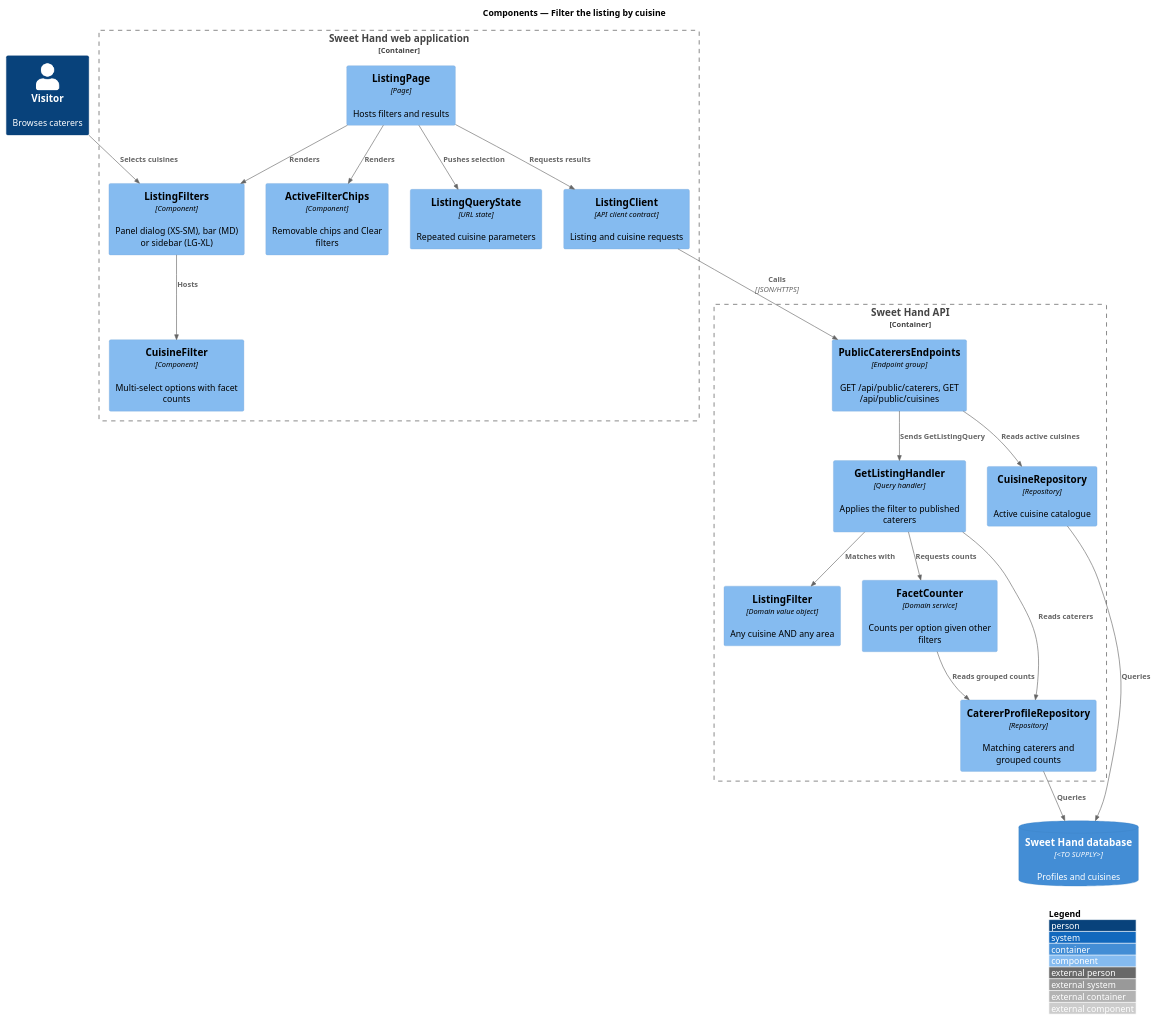
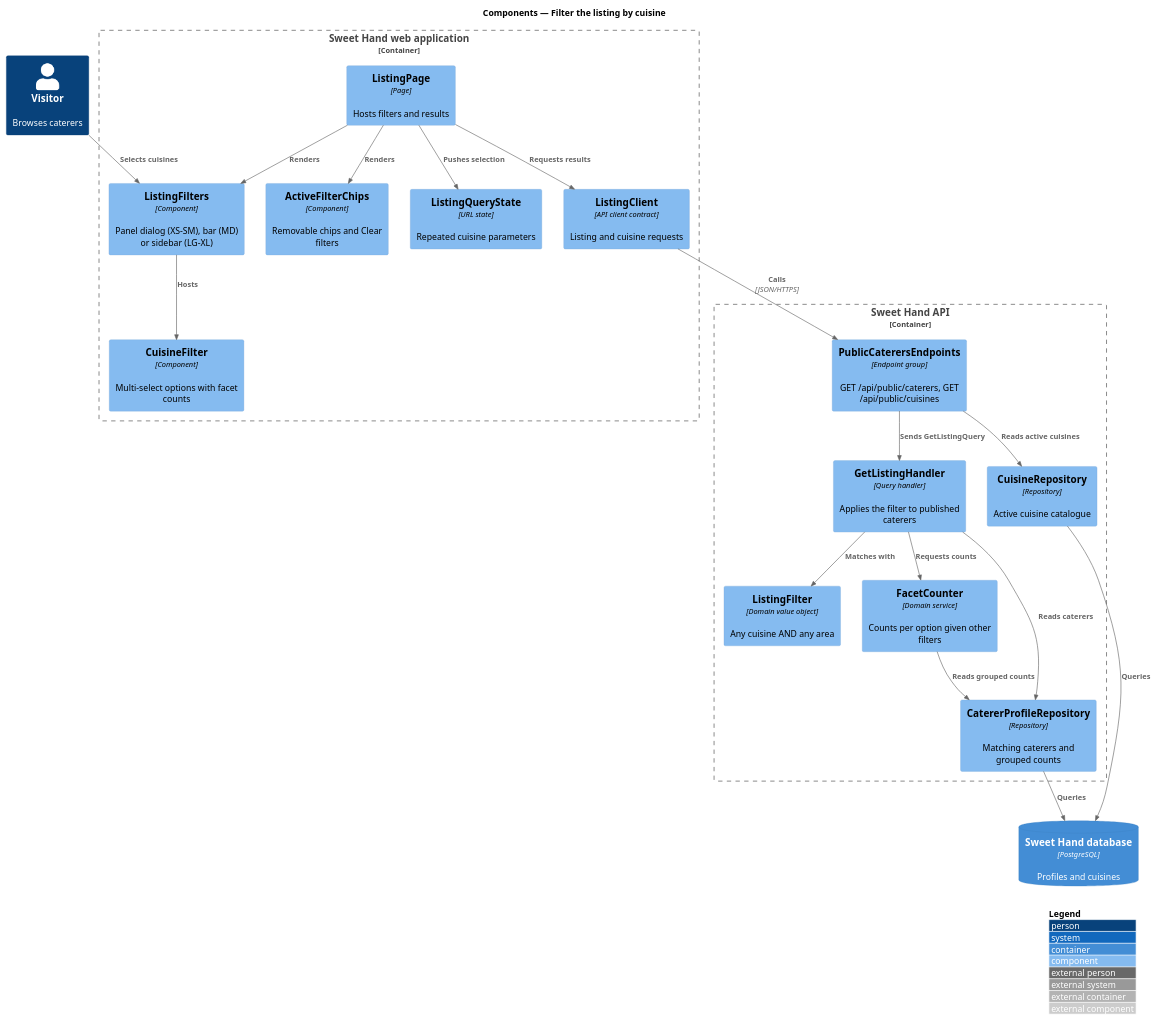
One commit to QuinntyneBrown/sweet-hand changed the diagram in docs/detailed-designs/discovery/filter-by-cuisine/diagrams/c4-component.puml. Above: the diagram before and after it, drawn with PlantUML. The commit also changed 32 other files, not shown here.

```diff
--- a/docs/detailed-designs/discovery/filter-by-cuisine/diagrams/c4-component.puml
+++ b/docs/detailed-designs/discovery/filter-by-cuisine/diagrams/c4-component.puml
@@ -1,40 +1,40 @@
 @startuml
 !include <C4/C4_Component>
 LAYOUT_WITH_LEGEND()
 title Components — Filter the listing by cuisine
 
 Person(visitor, "Visitor", "Browses caterers")
 Container_Boundary(web, "Sweet Hand web application") {
   Component(page, "ListingPage", "Page", "Hosts filters and results")
   Component(filters, "ListingFilters", "Component", "Panel dialog (XS-SM), bar (MD) or sidebar (LG-XL)")
   Component(cuisine, "CuisineFilter", "Component", "Multi-select options with facet counts")
   Component(chips, "ActiveFilterChips", "Component", "Removable chips and Clear filters")
   Component(state, "ListingQueryState", "URL state", "Repeated cuisine parameters")
   Component(client, "ListingClient", "API client contract", "Listing and cuisine requests")
 }
 Container_Boundary(api, "Sweet Hand API") {
   Component(endpoints, "PublicCaterersEndpoints", "Endpoint group", "GET /api/public/caterers, GET /api/public/cuisines")
   Component(handler, "GetListingHandler", "Query handler", "Applies the filter to published caterers")
   Component(filter, "ListingFilter", "Domain value object", "Any cuisine AND any area")
   Component(facets, "FacetCounter", "Domain service", "Counts per option given other filters")
   Component(repo, "CatererProfileRepository", "Repository", "Matching caterers and grouped counts")
   Component(cuisines, "CuisineRepository", "Repository", "Active cuisine catalogue")
 }
-ContainerDb(db, "Sweet Hand database", "<TO SUPPLY>", "Profiles and cuisines")
+ContainerDb(db, "Sweet Hand database", "PostgreSQL", "Profiles and cuisines")
 
 Rel(visitor, filters, "Selects cuisines")
 Rel(page, filters, "Renders")
 Rel(filters, cuisine, "Hosts")
 Rel(page, chips, "Renders")
 Rel(page, state, "Pushes selection")
 Rel(page, client, "Requests results")
 Rel(client, endpoints, "Calls", "JSON/HTTPS")
 Rel(endpoints, handler, "Sends GetListingQuery")
 Rel(handler, filter, "Matches with")
 Rel(handler, facets, "Requests counts")
 Rel(handler, repo, "Reads caterers")
 Rel(facets, repo, "Reads grouped counts")
 Rel(endpoints, cuisines, "Reads active cuisines")
 Rel(repo, db, "Queries")
 Rel(cuisines, db, "Queries")
 @enduml
```
